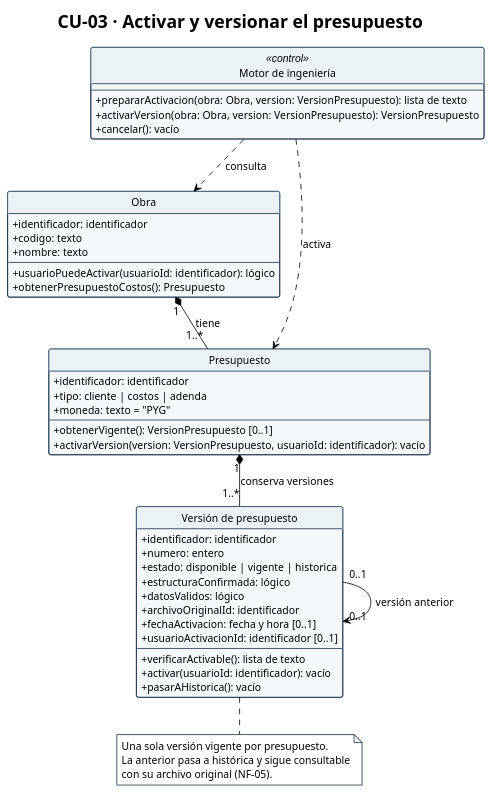
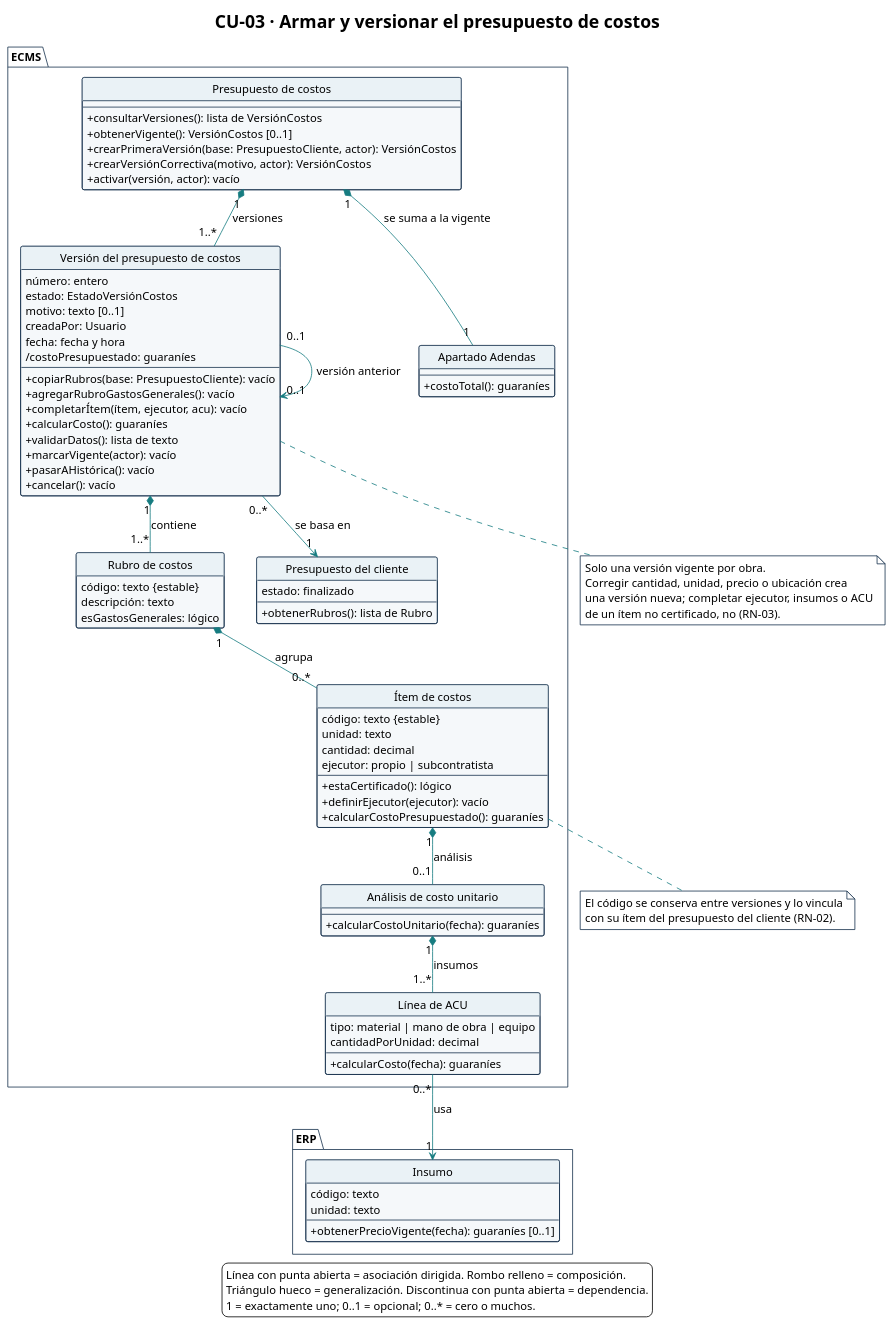
Before and after one commit to Ssrrb/tpf-uca: the diagram in diagramas/CU-03-clases.puml, drawn with PlantUML. The commit also changed 61 other files, not shown here.

First line of the commit message:
Regenera los diagramas para la v8 del Modelo de Análisis

```diff
--- a/diagramas/CU-03-clases.puml
+++ b/diagramas/CU-03-clases.puml
@@ -1,74 +1,133 @@
 @startuml
 !theme plain
 skinparam style strictuml
+title CU-03 · Armar y versionar el presupuesto de costos
 hide circle
-hide empty members
+hide empty methods
+hide empty fields
 skinparam shadowing false
 skinparam classAttributeIconSize 0
 skinparam defaultFontName Arial
-skinparam defaultFontSize 13
-skinparam nodesep 35
-skinparam ranksep 45
+skinparam defaultFontSize 14
+skinparam nodesep 40
+skinparam ranksep 50
+skinparam ArrowColor #167C80
 skinparam class {
   BackgroundColor #F5F8FA
   BorderColor #17324D
   HeaderBackgroundColor #EAF2F6
 }
+skinparam package {
+  BackgroundColor #FFFFFF
+  BorderColor #17324D
+}
 skinparam note {
   BackgroundColor #FFFFFF
   BorderColor #17324D
 }
-title CU-03 · Activar y versionar el presupuesto
+package "ECMS" {
+  class "Presupuesto de costos" as PresupuestoCostos {
+    --
+    + consultarVersiones(): lista de VersiónCostos
+    + obtenerVigente(): VersiónCostos [0..1]
+    + crearPrimeraVersión(base: PresupuestoCliente, actor): VersiónCostos
+    + crearVersiónCorrectiva(motivo, actor): VersiónCostos
+    + activar(versión, actor): vacío
+  }
 
-class "Motor de ingeniería" as MotorIngenieria <<control>> {
-  --
-  + prepararActivacion(obra: Obra, version: VersionPresupuesto): lista de texto
-  + activarVersion(obra: Obra, version: VersionPresupuesto): VersionPresupuesto
-  + cancelar(): vacío
+  class "Versión del presupuesto de costos" as VersionCostos {
+    número: entero
+    estado: EstadoVersiónCostos
+    motivo: texto [0..1]
+    creadaPor: Usuario
+    fecha: fecha y hora
+    /costoPresupuestado: guaraníes
+    --
+    + copiarRubros(base: PresupuestoCliente): vacío
+    + agregarRubroGastosGenerales(): vacío
+    + completarÍtem(ítem, ejecutor, acu): vacío
+    + calcularCosto(): guaraníes
+    + validarDatos(): lista de texto
+    + marcarVigente(actor): vacío
+    + pasarAHistórica(): vacío
+    + cancelar(): vacío
+  }
+
+  class "Rubro de costos" as RubroCostos {
+    código: texto {estable}
+    descripción: texto
+    esGastosGenerales: lógico
+  }
+
+  class "Ítem de costos" as ItemCostos {
+    código: texto {estable}
+    unidad: texto
+    cantidad: decimal
+    ejecutor: propio | subcontratista
+    --
+    + estaCertificado(): lógico
+    + definirEjecutor(ejecutor): vacío
+    + calcularCostoPresupuestado(): guaraníes
+  }
+
+  class "Análisis de costo unitario" as ACU {
+    --
+    + calcularCostoUnitario(fecha): guaraníes
+  }
+
+  class "Línea de ACU" as LineaACU {
+    tipo: material | mano de obra | equipo
+    cantidadPorUnidad: decimal
+    --
+    + calcularCosto(fecha): guaraníes
+  }
+
+  class "Presupuesto del cliente" as PresupuestoCliente {
+    estado: finalizado
+    --
+    + obtenerRubros(): lista de Rubro
+  }
+
+  class "Apartado Adendas" as ApartadoAdendas {
+    --
+    + costoTotal(): guaraníes
+  }
 }
 
-class Obra {
-  + identificador: identificador
-  + codigo: texto
-  + nombre: texto
-  --
-  + usuarioPuedeActivar(usuarioId: identificador): lógico
-  + obtenerPresupuestoCostos(): Presupuesto
+package "ERP" {
+  class Insumo {
+    código: texto
+    unidad: texto
+    --
+    + obtenerPrecioVigente(fecha): guaraníes [0..1]
+  }
 }
 
-class Presupuesto {
-  + identificador: identificador
-  + tipo: cliente | costos | adenda
-  + moneda: texto = "PYG"
-  --
-  + obtenerVigente(): VersionPresupuesto [0..1]
-  + activarVersion(version: VersionPresupuesto, usuarioId: identificador): vacío
-}
+PresupuestoCostos "1" *-- "1..*" VersionCostos : versiones
+PresupuestoCostos "1" *-- "1" ApartadoAdendas : se suma a la vigente
+VersionCostos "0..*" --> "1" PresupuestoCliente : se basa en
+VersionCostos "0..1" --> "0..1" VersionCostos : versión anterior
+VersionCostos "1" *-- "1..*" RubroCostos : contiene
+RubroCostos "1" *-- "0..*" ItemCostos : agrupa
+ItemCostos "1" *-- "0..1" ACU : análisis
+ACU "1" *-- "1..*" LineaACU : insumos
+LineaACU "0..*" --> "1" Insumo : usa
 
-class "Versión de presupuesto" as VersionPresupuesto {
-  + identificador: identificador
-  + numero: entero
-  + estado: disponible | vigente | historica
-  + estructuraConfirmada: lógico
-  + datosValidos: lógico
-  + archivoOriginalId: identificador
-  + fechaActivacion: fecha y hora [0..1]
-  + usuarioActivacionId: identificador [0..1]
-  --
-  + verificarActivable(): lista de texto
-  + activar(usuarioId: identificador): vacío
-  + pasarAHistorica(): vacío
-}
+note bottom of VersionCostos
+  Solo una versión vigente por obra.
+  Corregir cantidad, unidad, precio o ubicación crea
+  una versión nueva; completar ejecutor, insumos o ACU
+  de un ítem no certificado, no (RN-03).
+end note
 
-MotorIngenieria ..> Obra : consulta
-MotorIngenieria ..> Presupuesto : activa
-Obra "1" *-- "1..*" Presupuesto : tiene
-Presupuesto "1" *-- "1..*" VersionPresupuesto : conserva versiones
-VersionPresupuesto "0..1" --> "0..1" VersionPresupuesto : versión anterior
+note bottom of ItemCostos
+  El código se conserva entre versiones y lo vincula
+  con su ítem del presupuesto del cliente (RN-02).
+end note
 
-note bottom of VersionPresupuesto
-  Una sola versión vigente por presupuesto.
-  La anterior pasa a histórica y sigue consultable
-  con su archivo original (NF-05).
-end note
+legend bottom
+  Línea con punta abierta = asociación dirigida. Rombo relleno = composición.
+  Triángulo hueco = generalización. Discontinua con punta abierta = dependencia.
+  1 = exactamente uno; 0..1 = opcional; 0..* = cero o muchos.
+endlegend
 @enduml
```
